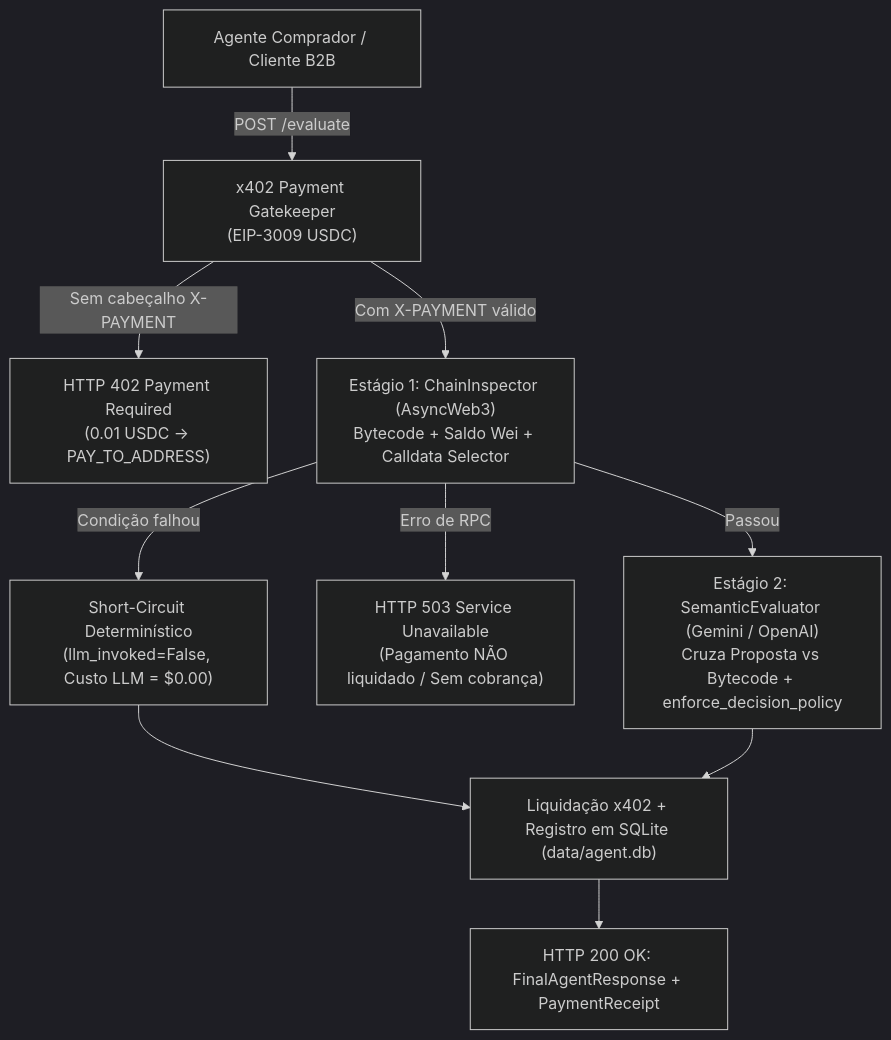
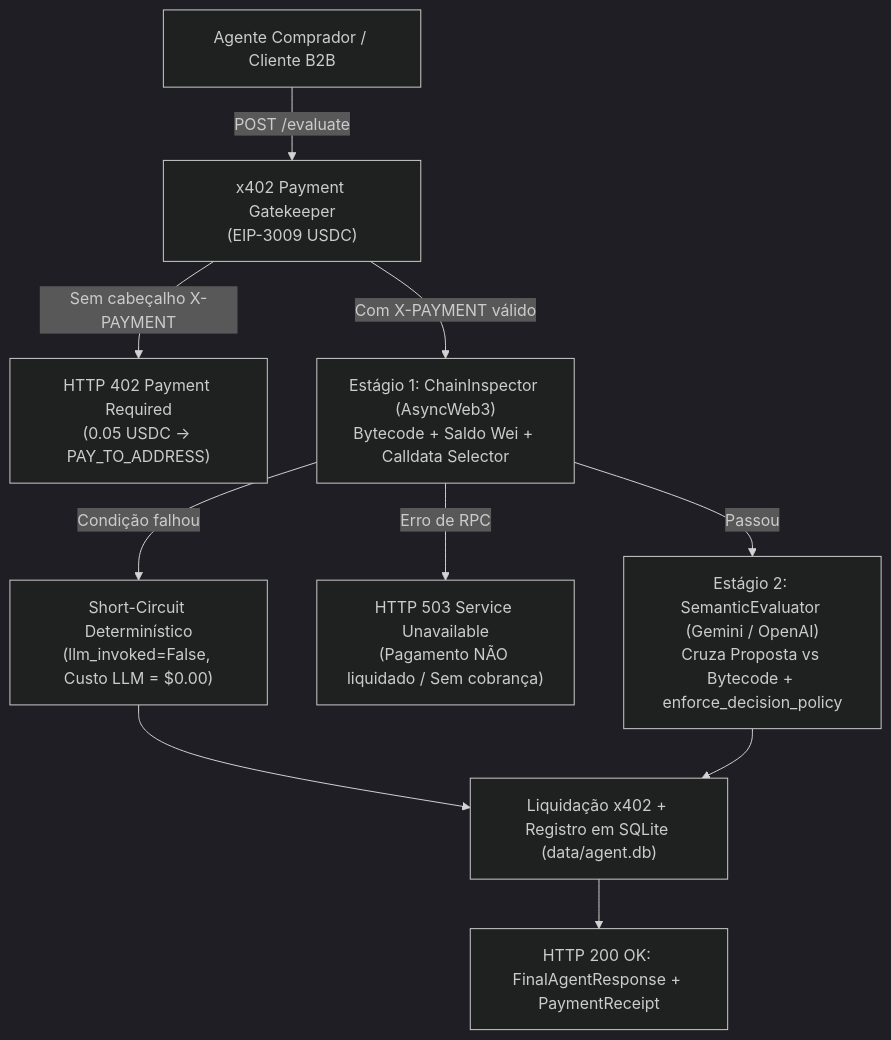
The diagram in README.md (RafaCoelho33/web3-systemic-agent), drawn with Mermaid (dark theme) before and after one commit. The commit also changed other lines of this file and 21 other files, not shown here.

````diff
--- a/README.md
+++ b/README.md
@@ -27,12 +52,12 @@
 ```mermaid
 flowchart TD
     Client["Agente Comprador / Cliente B2B"] -->|POST /evaluate| Gate["x402 Payment Gatekeeper\n(EIP-3009 USDC)"]
-    Gate -->|Sem cabeçalho X-PAYMENT| R402["HTTP 402 Payment Required\n(0.01 USDC -> PAY_TO_ADDRESS)"]
+    Gate -->|Sem cabeçalho X-PAYMENT| R402["HTTP 402 Payment Required\n(0.05 USDC -> PAY_TO_ADDRESS)"]
     Gate -->|Com X-PAYMENT válido| S1["Estágio 1: ChainInspector (AsyncWeb3)\nBytecode + Saldo Wei + Calldata Selector"]
     S1 -->|Condição falhou| ShortCircuit["Short-Circuit Determinístico\n(llm_invoked=False, Custo LLM = $0.00)"]
     S1 -->|Erro de RPC| Err503["HTTP 503 Service Unavailable\n(Pagamento NÃO liquidado / Sem cobrança)"]
     S1 -->|Passou| S2["Estágio 2: SemanticEvaluator (Gemini / OpenAI)\nCruza Proposta vs Bytecode + enforce_decision_policy"]
     ShortCircuit --> Settle["Liquidação x402 + Registro em SQLite (data/agent.db)"]
     S2 --> Settle
     Settle --> Resp["HTTP 200 OK: FinalAgentResponse + PaymentReceipt"]
 ```
````
